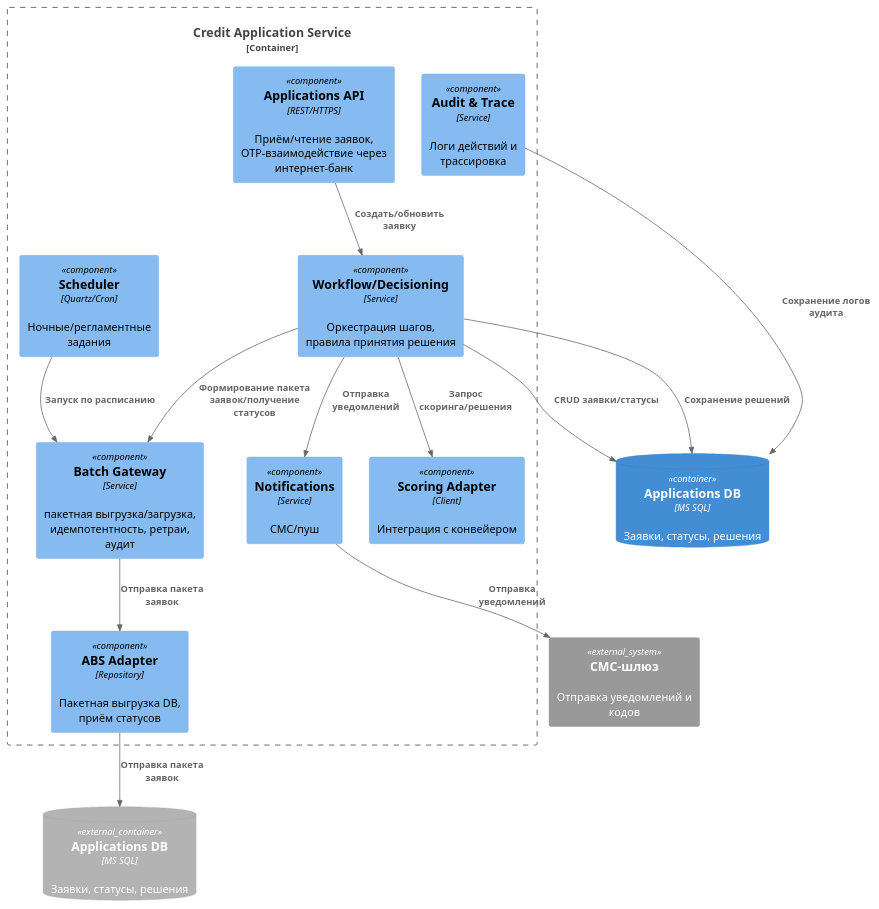
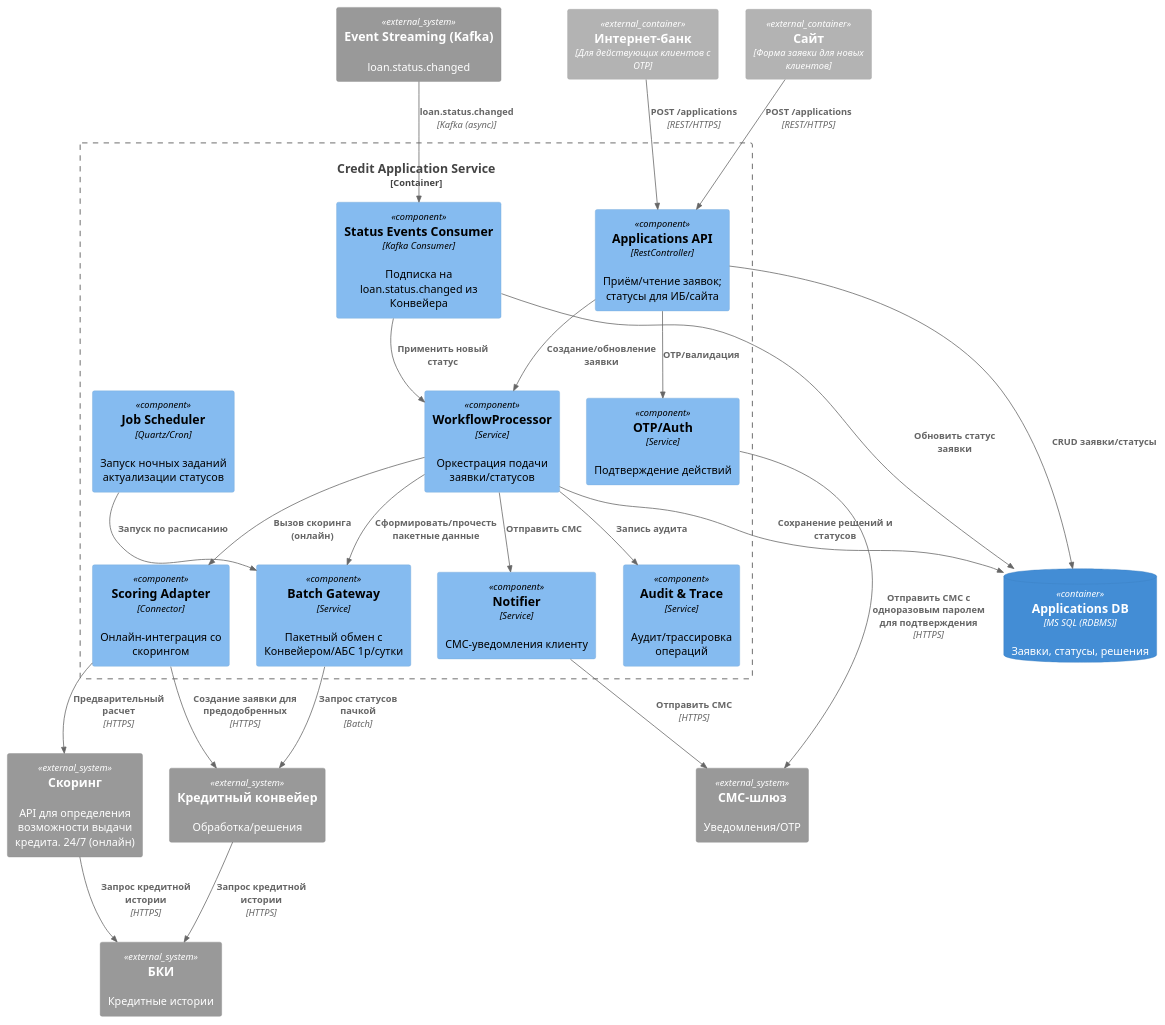
The diagram in Task5/credit_component.puml (aymanstepanova/architecture-pro-standart), drawn with PlantUML before and after one commit.

Commit message:
задание 5. обновлена схема компонентов

```diff
--- a/Task5/credit_component.puml
+++ b/Task5/credit_component.puml
@@ -1,31 +1,56 @@
 @startuml
 !include https://raw.githubusercontent.com/plantuml-stdlib/C4-PlantUML/master/C4_Component.puml
 LAYOUT_TOP_DOWN()
 
 Container_Boundary(cas, "Credit Application Service") {
-  Component(api, "Applications API", "REST/HTTPS", "Приём/чтение заявок, OTP-взаимодействие через интернет-банк")
-  Component(flow, "Workflow/Decisioning", "Service", "Оркестрация шагов, правила принятия решения")
-  Component(adapterScore, "Scoring Adapter", "Client", "Интеграция с конвейером")
-  Component(adapterAbs, "ABS Adapter", "Repository", "Пакетная выгрузка DB, приём статусов")
-  Component(notify, "Notifications", "Service", "СМС/пуш")
-  Component(audit, "Audit & Trace", "Service", "Логи действий и трассировка")
-  Component(batchGw, "Batch Gateway", "Service", "пакетная выгрузка/загрузка, идемпотентность, ретраи, аудит")
-  Component(scheduler, "Scheduler", "Quartz/Cron", "Ночные/регламентные задания")
+  Component(api, "Applications API", "RestController", "Приём/чтение заявок; статусы для ИБ/сайта")
+  Component(auth, "OTP/Auth", "Service", "Подтверждение действий")
+  Component(flow, "WorkflowProcessor", "Service", "Оркестрация подачи заявки/статусов")
+  Component(scoreAdapter, "Scoring Adapter", "Connector", "Онлайн-интеграция со скорингом")
+  Component(statusConsumer, "Status Events Consumer", "Kafka Consumer", "Подписка на loan.status.changed из Конвейера")
+  Component(notifier, "Notifier", "Service", "СМС-уведомления клиенту")
+  Component(batchGw, "Batch Gateway", "Service", "Пакетный обмен с Конвейером/АБС 1р/сутки")
+  Component(scheduler, "Job Scheduler", "Quartz/Cron", "Запуск ночных заданий актуализации статусов")
+  Component(audit, "Audit & Trace", "Service", "Аудит/трассировка операций")
 }
-ContainerDb(db, "Applications DB", "MS SQL", "Заявки, статусы, решения")
-ContainerDb_Ext(absdb, "Applications DB", "MS SQL", "Заявки, статусы, решения")
-System_Ext(sms, "СМС-шлюз", "Отправка уведомлений и кодов")
 
-Rel(api, flow, "Создать/обновить заявку")
-Rel(flow, adapterScore, "Запрос скоринга/решения")
-Rel(flow, notify, "Отправка уведомлений")
-Rel(notify, sms, "Отправка уведомлений")
-Rel(flow, db, "CRUD заявки/статусы")
-Rel(flow, db, "Сохранение решений")
-Rel(audit, db, "Сохранение логов аудита")
-Rel(flow, batchGw, "Формирование пакета заявок/получение статусов")
+ContainerDb(db, "Applications DB", "MS SQL (RDBMS)", "Заявки, статусы, решения")
+
+' Внешние системы/контейнеры
+System_Ext(kafka, "Event Streaming (Kafka)", "loan.status.changed")
+System_Ext(scoring, "Скоринг", "API для определения возможности выдачи кредита. 24/7 (онлайн)")
+System_Ext(sms, "СМС-шлюз", "Уведомления/OTP")
+System_Ext(conveyor, "Кредитный конвейер", "Обработка/решения")
+System_Ext(bki, "БКИ", "Кредитные истории")
+Container_Ext(site, "Сайт", "Форма заявки для новых клиентов")
+Container_Ext(ib, "Интернет-банк", "Для действующих клиентов с OTP")
+
+Rel(site, api, "POST /applications", "REST/HTTPS")
+Rel(ib, api, "POST /applications", "REST/HTTPS")
+
+' Потоки внутри CAS
+Rel(api, auth, "OTP/валидация")
+Rel(api, flow, "Создание/обновление заявки")
+Rel(flow, scoreAdapter, "Вызов скоринга (онлайн)")
+Rel(flow, batchGw, "Сформировать/прочесть пакетные данные")
 Rel(scheduler, batchGw, "Запуск по расписанию")
-Rel(batchGw, adapterAbs, "Отправка пакета заявок")
-Rel(adapterAbs, absdb, "Отправка пакета заявок")
+Rel(flow, notifier, "Отправить СМС")
+Rel(flow, audit, "Запись аудита")
+Rel(api, db, "CRUD заявки/статусы")
+Rel(flow, db, "Сохранение решений и статусов")
+
+' Асинхронные статусы из Конвейера
+Rel(kafka, statusConsumer, "loan.status.changed", "Kafka (async)")
+Rel(statusConsumer, flow, "Применить новый статус")
+Rel(statusConsumer, db, "Обновить статус заявки")
+
+' Внешние интеграции
+Rel(scoreAdapter, scoring, "Предварительный расчет", "HTTPS")
+Rel(notifier, sms, "Отправить СМС", "HTTPS")
+Rel(auth, sms, "Отправить СМС с одноразовым паролем для подтверждения", "HTTPS")
+Rel(batchGw, conveyor, "Запрос статусов пачкой", "Batch")
+Rel(conveyor, bki, "Запрос кредитной истории", "HTTPS")
+Rel(scoring, bki, "Запрос кредитной истории", "HTTPS")
+Rel(scoreAdapter, conveyor, "Создание заявки для предодобренных", "HTTPS")
 
 @enduml
```
